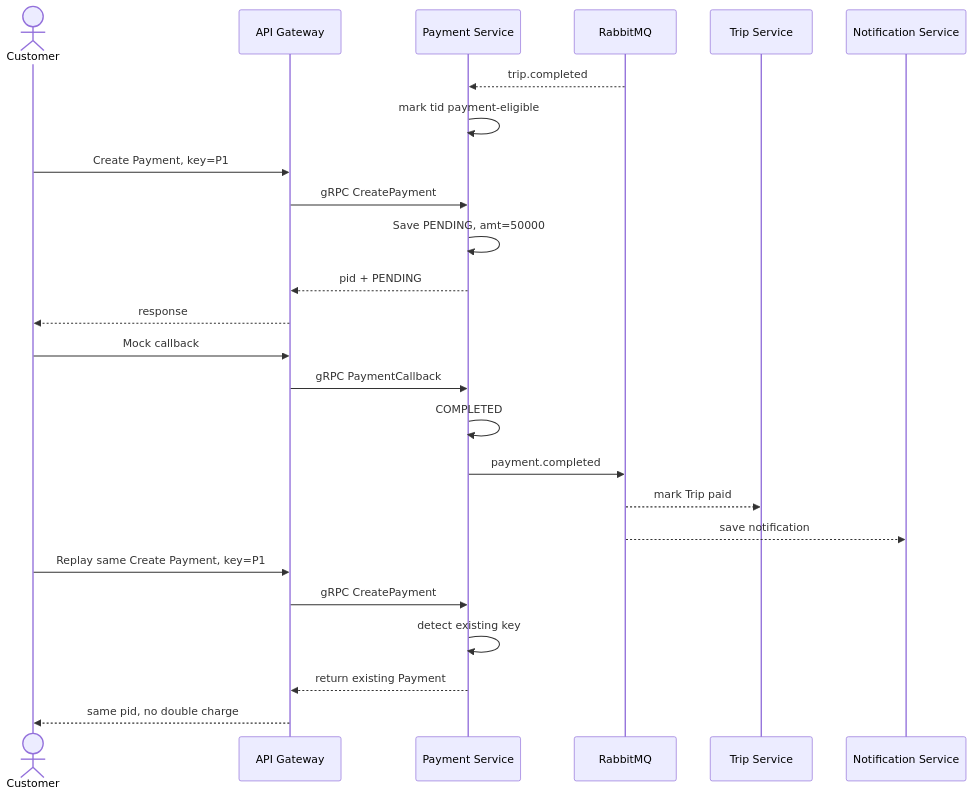
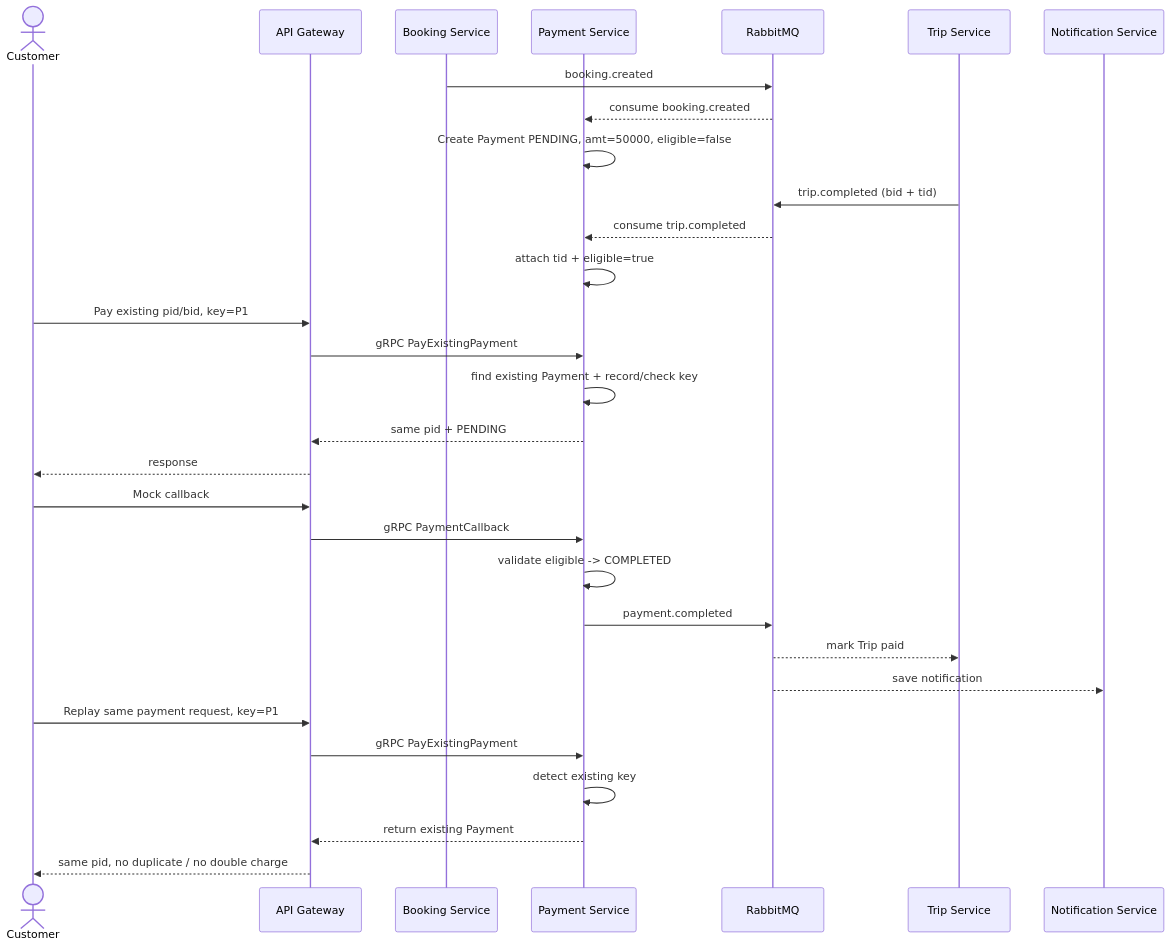
One commit to kanztran2605/23646731_TranQuocKhang_Cabsystem changed diagram 14 of 21 in docs/requirements/SRS.md. Above: the diagram before and after it, drawn with Mermaid. The commit also changed other lines of this file and 5 other files, not shown here.

````diff
--- a/docs/requirements/SRS.md
+++ b/docs/requirements/SRS.md
@@ -674,31 +687,37 @@
 ```mermaid
 sequenceDiagram
     actor C as Customer
     participant G as API Gateway
+    participant B as Booking Service
     participant P as Payment Service
     participant MQ as RabbitMQ
     participant T as Trip Service
     participant N as Notification Service
 
-    MQ-->>P: trip.completed
-    P->>P: mark tid payment-eligible
+    B->>MQ: booking.created
+    MQ-->>P: consume booking.created
+    P->>P: Create Payment PENDING, amt=50000, eligible=false
 
-    C->>G: Create Payment, key=P1
-    G->>P: gRPC CreatePayment
-    P->>P: Save PENDING, amt=50000
-    P-->>G: pid + PENDING
+    T->>MQ: trip.completed (bid + tid)
+    MQ-->>P: consume trip.completed
+    P->>P: attach tid + eligible=true
+
+    C->>G: Pay existing pid/bid, key=P1
+    G->>P: gRPC PayExistingPayment
+    P->>P: find existing Payment + record/check key
+    P-->>G: same pid + PENDING
     G-->>C: response
 
     C->>G: Mock callback
     G->>P: gRPC PaymentCallback
-    P->>P: COMPLETED
+    P->>P: validate eligible -> COMPLETED
     P->>MQ: payment.completed
     MQ-->>T: mark Trip paid
     MQ-->>N: save notification
 
-    C->>G: Replay same Create Payment, key=P1
-    G->>P: gRPC CreatePayment
+    C->>G: Replay same payment request, key=P1
+    G->>P: gRPC PayExistingPayment
     P->>P: detect existing key
     P-->>G: return existing Payment
-    G-->>C: same pid, no double charge
+    G-->>C: same pid, no duplicate / no double charge
 ```
````
